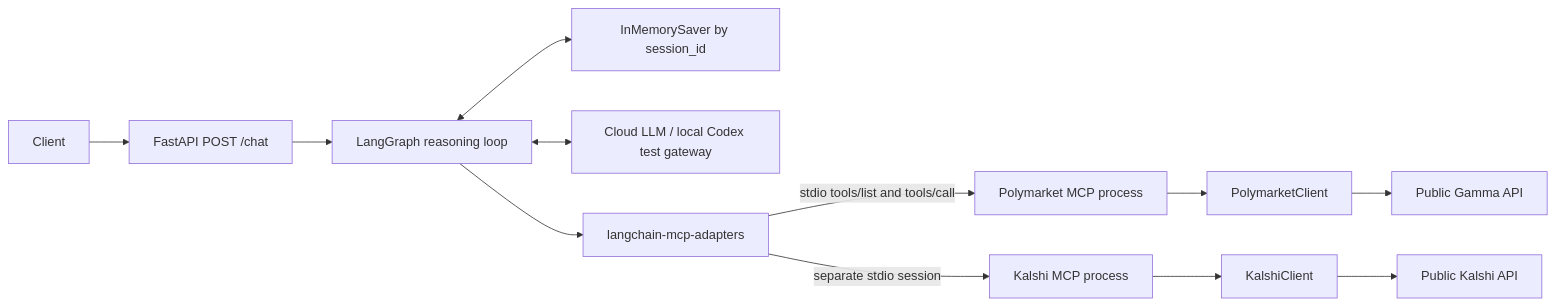
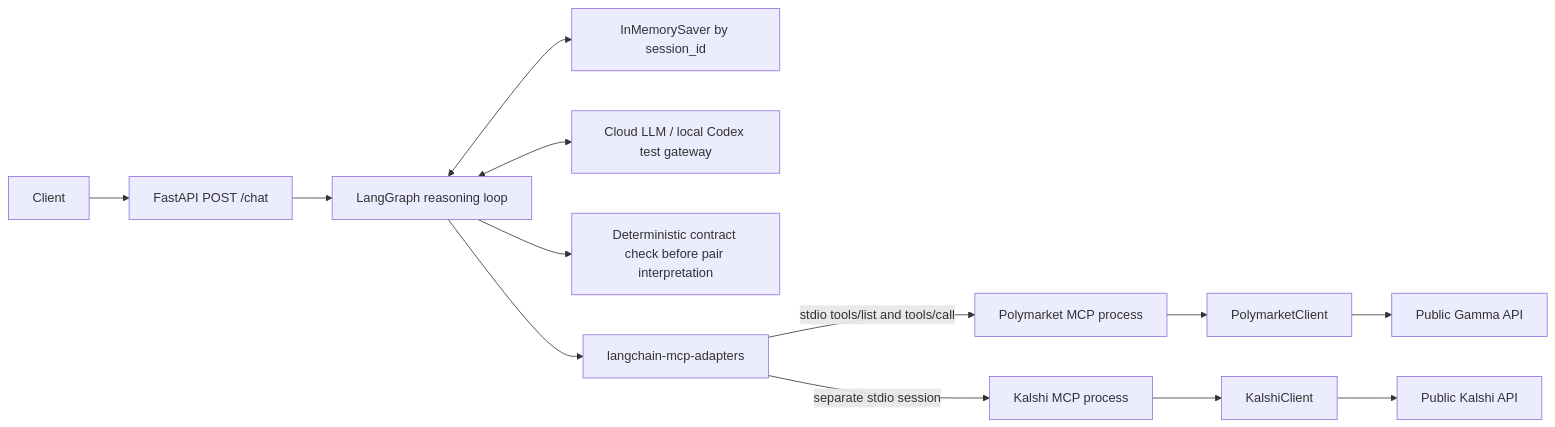
One commit to waderylan/prediction-market-agent changed the first of 3 diagrams in README.md. Above: the diagram before and after it, drawn with Mermaid. The commit also changed other lines of this file and 8 other files, not shown here.

First line of the commit message:
Add deterministic contract checks before cross-market interpretation

````diff
--- a/README.md
+++ b/README.md
@@ -219,14 +246,15 @@
 ```mermaid
 flowchart LR
     U[Client] --> F[FastAPI POST /chat]
     F --> G[LangGraph reasoning loop]
     G <--> M[InMemorySaver by session_id]
     G <--> L[Cloud LLM / local Codex test gateway]
+    G --> MATCH[Deterministic contract check before pair interpretation]
     G --> A[langchain-mcp-adapters]
     A -->|stdio tools/list and tools/call| P[Polymarket MCP process]
     A -->|separate stdio session| K[Kalshi MCP process]
     P --> C[PolymarketClient]
     C --> API[Public Gamma API]
     K --> KC[KalshiClient]
     KC --> KA[Public Kalshi API]
 ```
````
